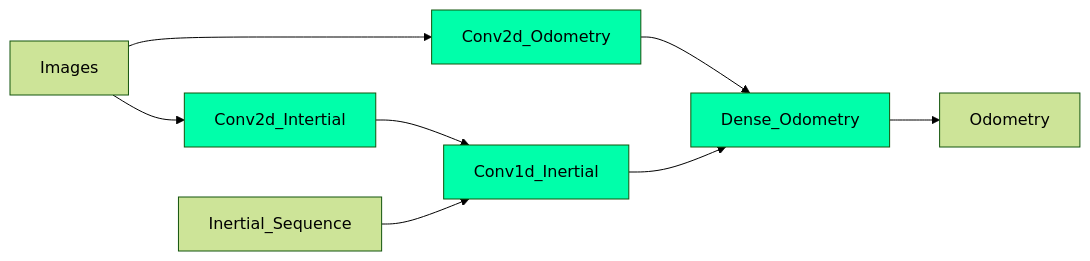
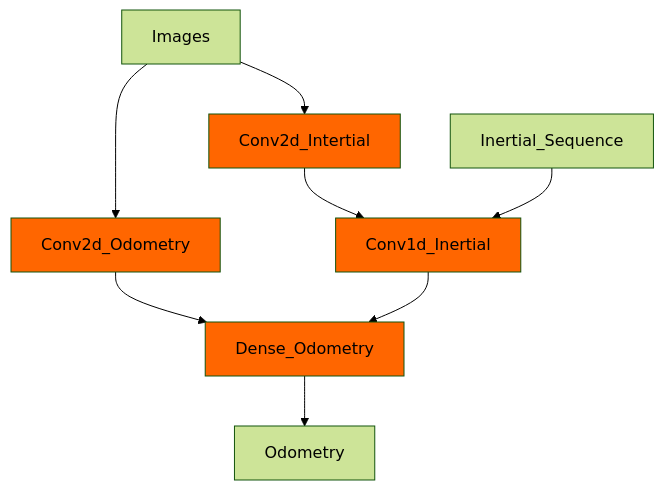
Before and after one commit to RijadSK/almost-vio: the diagram in README.md, drawn with Mermaid (forest theme).

Commit message:
minor update README Changed color to orange

````diff
--- a/README.md
+++ b/README.md
@@ -7,15 +7,15 @@
 ```mermaid
-graph LR;
+graph TD;
     Images-->Conv2d_Odometry;
     Images-->Conv2d_Intertial;
     Conv2d_Odometry-->Dense_Odometry;
     Conv2d_Intertial-->Conv1d_Inertial;
     Inertial_Sequence-->Conv1d_Inertial;
     Conv1d_Inertial-->Dense_Odometry;
     Dense_Odometry-->Odometry;
 
-    style Conv2d_Odometry fill:#00ffaa;
-    style Conv1d_Inertial fill:#00ffaa;
-    style Dense_Odometry fill:#00ffaa;
-    style Conv2d_Intertial fill:#00ffaa;
+    style Conv2d_Odometry fill:#FF6600;
+    style Conv1d_Inertial fill:#FF6600;
+    style Dense_Odometry fill:#FF6600;
+    style Conv2d_Intertial fill:#FF6600;
 ```
````
